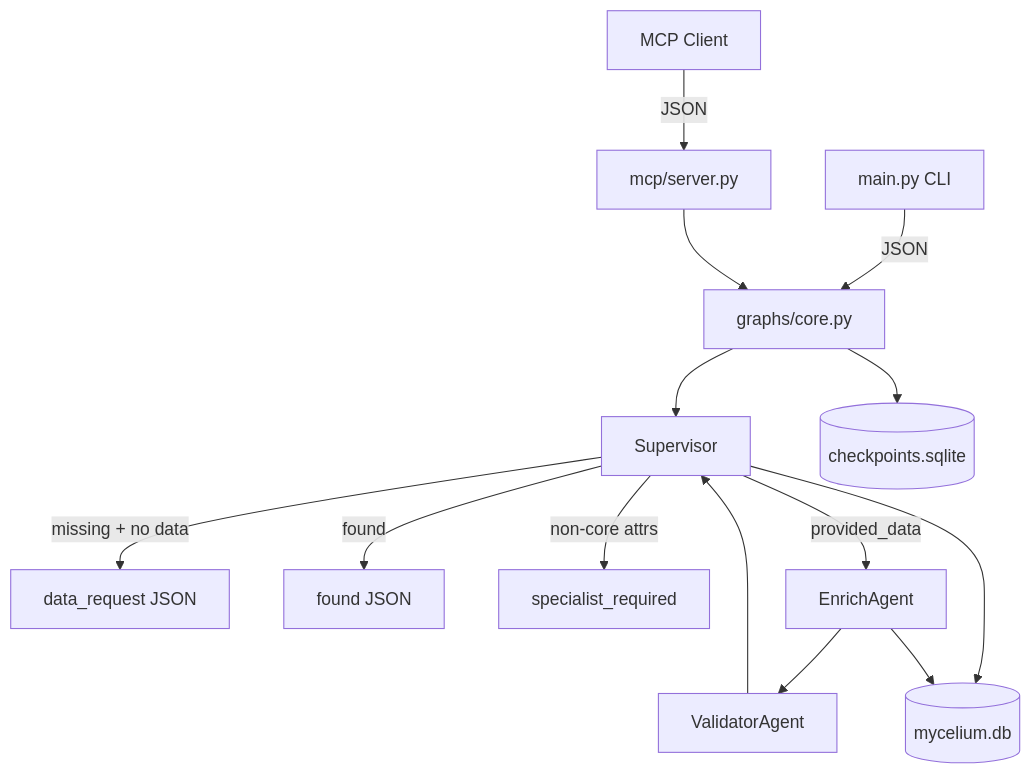
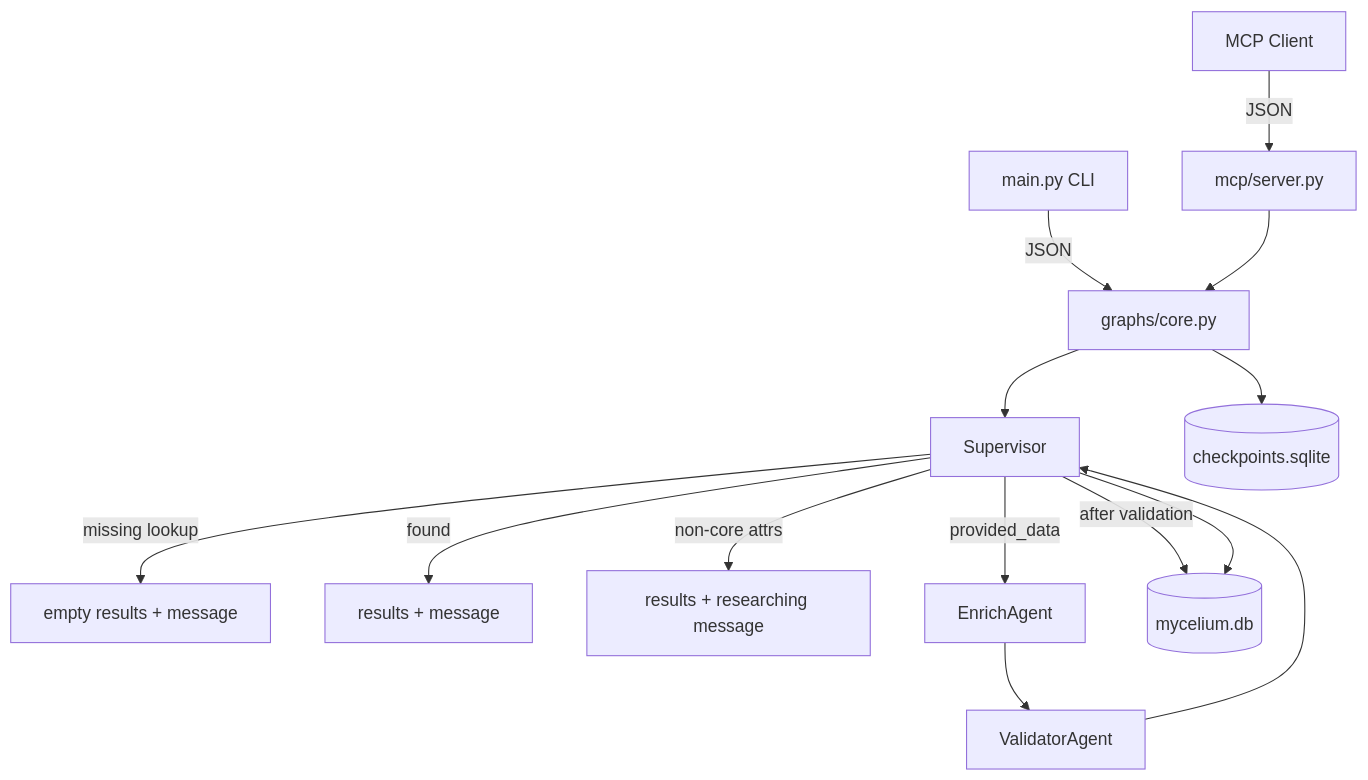
The diagram in README.md (myceliumdata/mycelium), drawn with Mermaid before and after one commit. The commit also changed other lines of this file and 10 other files, not shown here.

````diff
--- a/README.md
+++ b/README.md
@@ -28,16 +28,16 @@
 ```mermaid
 flowchart TD
     MCP[MCP Client] -->|JSON| MCPServer[mcp/server.py]
     CLI[main.py CLI] -->|JSON| Graph
     MCPServer --> Graph[graphs/core.py]
     Graph --> S[Supervisor]
-    S -->|missing + no data| DR[data_request JSON]
-    S -->|found| RES[found JSON]
-    S -->|non-core attrs| SR[specialist_required]
+    S -->|missing lookup| MISS[empty results + message]
+    S -->|found| RES[results + message]
+    S -->|non-core attrs| NC[results + researching message]
     S -->|provided_data| E[EnrichAgent]
     E --> V[ValidatorAgent]
     V --> S
+    S -->|after validation| DB[(mycelium.db)]
     Graph --> CP[(checkpoints.sqlite)]
-    S --> DB[(mycelium.db)]
-    E --> DB
+    S --> DB
 ```
````
